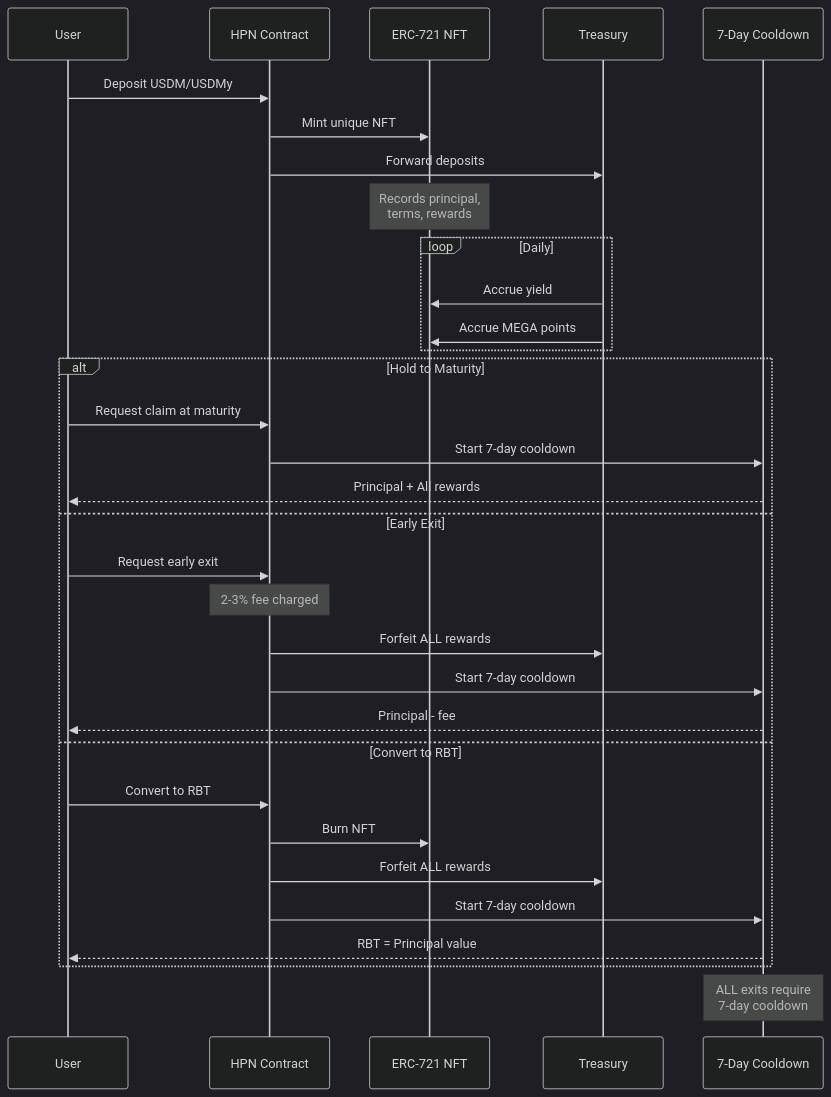
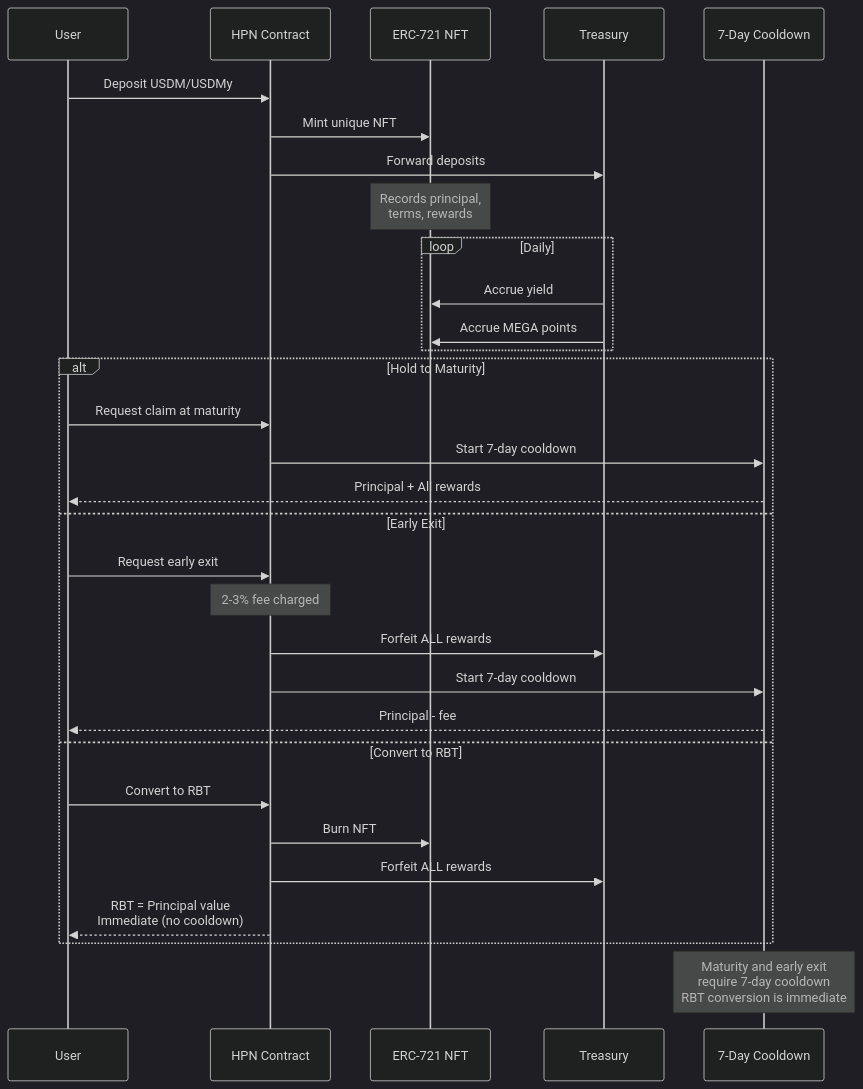
Before and after one commit to 0xJaehaerys/ohmega: the third of 6 diagrams in blackhaven-corrected-diagrams.md, drawn with Mermaid (dark theme). The commit also changed 5 other files, not shown here.

First line of the commit message:
Audit: Fix factual errors across all diagrams

````diff
--- a/blackhaven-corrected-diagrams.md
+++ b/blackhaven-corrected-diagrams.md
@@ -87,39 +87,38 @@
 ```mermaid
 sequenceDiagram
     participant User
     participant HPN as HPN Contract
     participant NFT as ERC-721 NFT
     participant Treasury
     participant Cooldown as 7-Day Cooldown
     
     User->>HPN: Deposit USDM/USDMy
     HPN->>NFT: Mint unique NFT
     HPN->>Treasury: Forward deposits
     
     Note over NFT: Records principal,<br/>terms, rewards
     
     loop Daily
         Treasury->>NFT: Accrue yield
         Treasury->>NFT: Accrue MEGA points
     end
     
     alt Hold to Maturity
         User->>HPN: Request claim at maturity
         HPN->>Cooldown: Start 7-day cooldown
         Cooldown-->>User: Principal + All rewards
     else Early Exit
         User->>HPN: Request early exit
         Note over HPN: 2-3% fee charged
         HPN->>Treasury: Forfeit ALL rewards
         HPN->>Cooldown: Start 7-day cooldown
         Cooldown-->>User: Principal - fee
     else Convert to RBT
         User->>HPN: Convert to RBT
         HPN->>NFT: Burn NFT
         HPN->>Treasury: Forfeit ALL rewards
-        HPN->>Cooldown: Start 7-day cooldown
-        Cooldown-->>User: RBT = Principal value
+        HPN-->>User: RBT = Principal value<br/>Immediate (no cooldown)
     end
     
-    Note over Cooldown: ALL exits require<br/>7-day cooldown
+    Note over Cooldown: Maturity and early exit<br/>require 7-day cooldown<br/>RBT conversion is immediate
 ```
````
